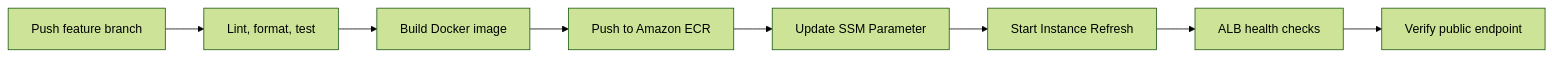
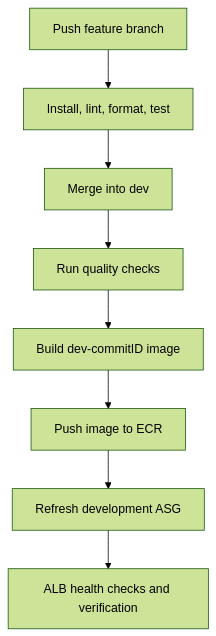
The second of 2 diagrams in README.md (22120139/goldenowl-devops-internship-challenge), drawn with Mermaid (forest theme) before and after one commit. The commit also changed other lines of this file, not shown here.

Commit message:
docs(readme): document branch-based CI/CD workflow

````diff
--- a/README.md
+++ b/README.md
@@ -47,10 +79,10 @@
 ```mermaid
-flowchart LR
-    Push["Push feature branch"] --> Quality["Lint, format, test"]
-    Quality --> Docker["Build Docker image"]
-    Docker --> Registry["Push to Amazon ECR"]
-    Registry --> Update["Update SSM Parameter"]
-    Update --> Rolling["Start Instance Refresh"]
-    Rolling --> Health["ALB health checks"]
-    Health --> Verify["Verify public endpoint"]
+flowchart TD
+    Feature["Push feature branch"] --> Checks["Install, lint, format, test"]
+    Checks --> Merge["Merge into dev"]
+    Merge --> DevChecks["Run quality checks"]
+    DevChecks --> Build["Build dev-commitID image"]
+    Build --> Registry["Push image to ECR"]
+    Registry --> Deploy["Refresh development ASG"]
+    Deploy --> Health["ALB health checks and verification"]
 ```
````
